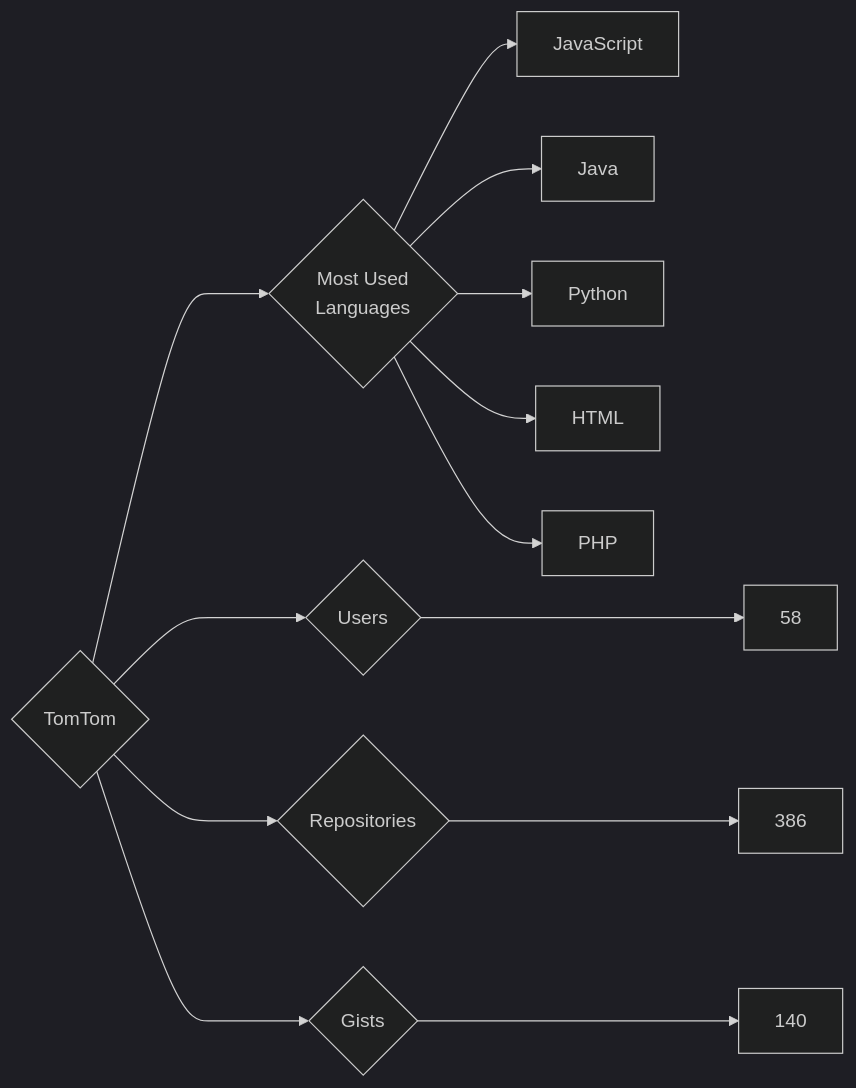
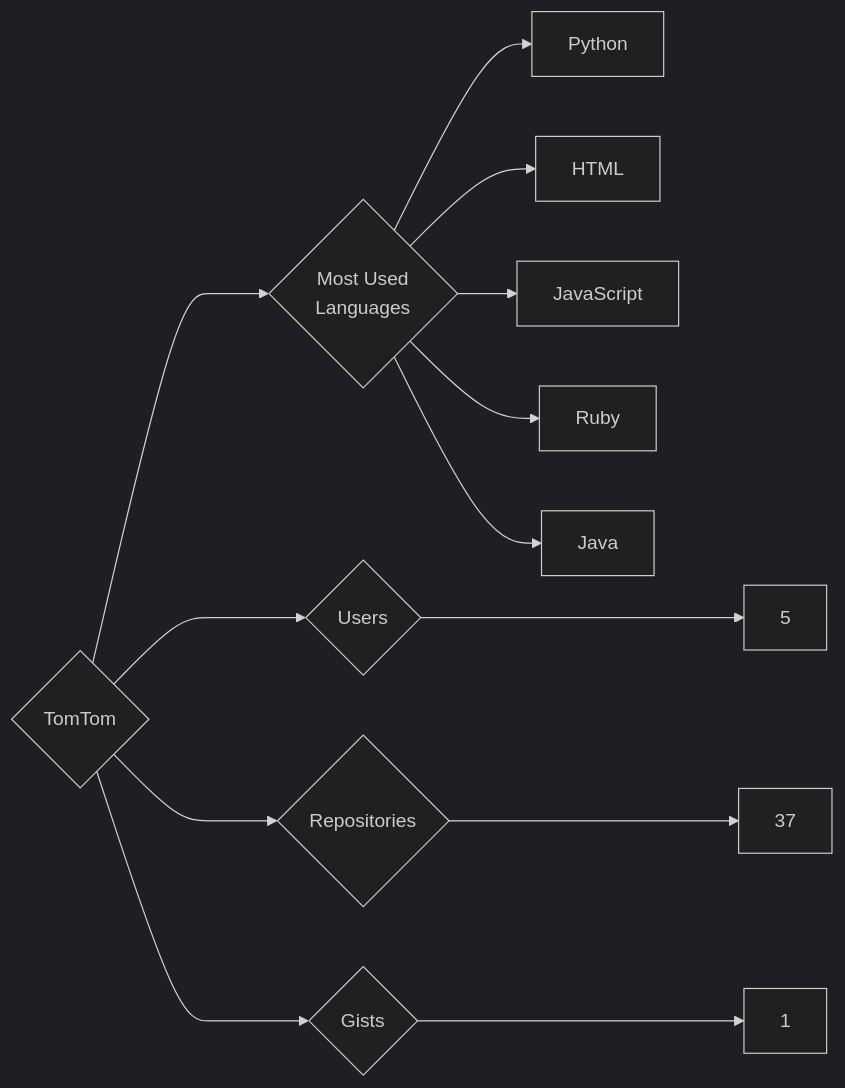
The diagram in targets/TomTom/README.md (trickest/insiders), drawn with Mermaid (dark theme) before and after one commit. The commit also changed 1696 other files, not shown here.

````diff
--- a/targets/TomTom/README.md
+++ b/targets/TomTom/README.md
@@ -3,13 +3,13 @@
 ```mermaid
 graph LR
 COMPANY_NAME{TomTom}
-COMPANY_NAME ---> U{Users} ---> UN[58]
-COMPANY_NAME ---> R{Repositories} ---> RN[386]
-COMPANY_NAME ---> G{Gists} ---> GN[140]
+COMPANY_NAME ---> U{Users} ---> UN[5]
+COMPANY_NAME ---> R{Repositories} ---> RN[37]
+COMPANY_NAME ---> G{Gists} ---> GN[1]
 COMPANY_NAME ---> ML{Most Used<br>Languages}
-ML --> JavaScript[JavaScript]
-ML --> Java[Java]
 ML --> Python[Python]
 ML --> HTML[HTML]
-ML --> PHP[PHP]
+ML --> JavaScript[JavaScript]
+ML --> Ruby[Ruby]
+ML --> Java[Java]
 ```
````
